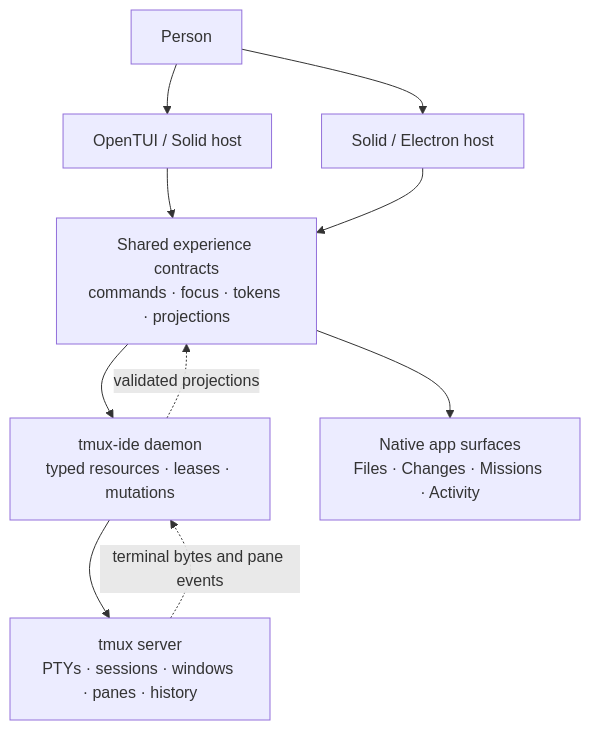
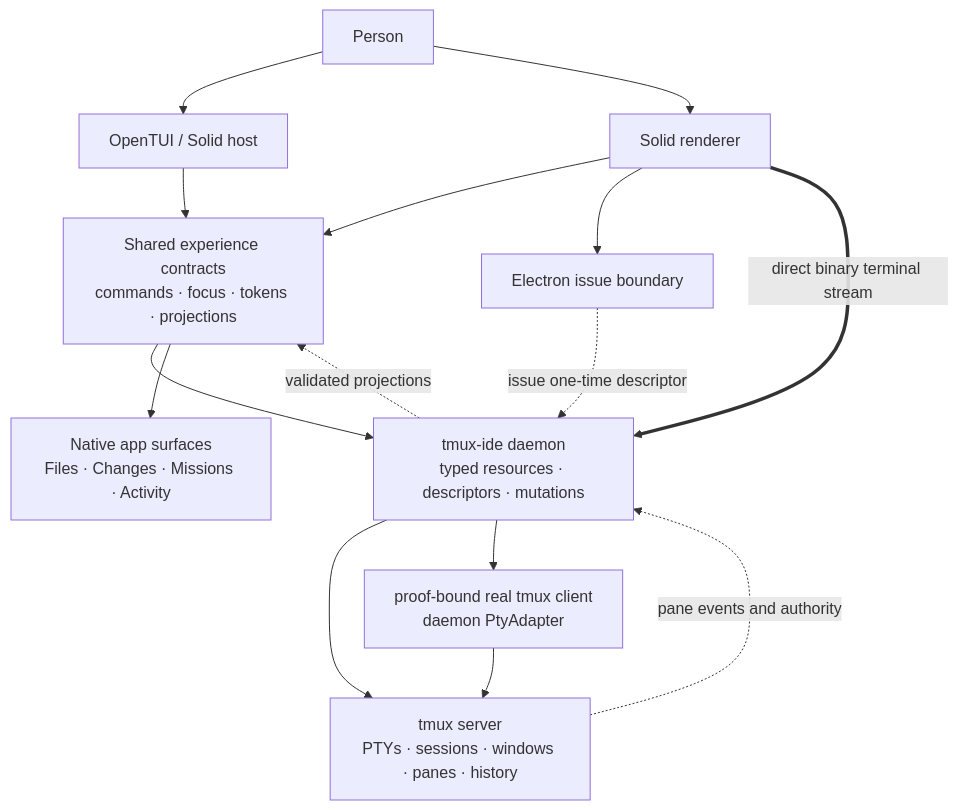
The first of 2 diagrams in docs/product/native-tmux-ide-ux-contract.md (wavyrai/tmux-ide), drawn with Mermaid before and after one commit. The commit also changed other lines of this file and 1 other file, not shown here.

Commit message:
docs(terminal): accept native tmux attachment architecture

````diff
--- a/docs/product/native-tmux-ide-ux-contract.md
+++ b/docs/product/native-tmux-ide-ux-contract.md
@@ -48,20 +51,27 @@
 ```mermaid
 flowchart TB
   Person[Person]
   TUI[OpenTUI / Solid host]
-  Desktop[Solid / Electron host]
+  Desktop[Solid renderer]
+  Host[Electron issue boundary]
   Kernel[Shared experience contracts\ncommands · focus · tokens · projections]
-  Daemon[tmux-ide daemon\ntyped resources · leases · mutations]
+  Daemon[tmux-ide daemon\ntyped resources · descriptors · mutations]
+  Client[proof-bound real tmux client\ndaemon PtyAdapter]
   Tmux[tmux server\nPTYs · sessions · windows · panes · history]
   Native[Native app surfaces\nFiles · Changes · Missions · Activity]
 
   Person --> TUI
   Person --> Desktop
   TUI --> Kernel
   Desktop --> Kernel
+  Desktop --> Host
+  Host -. issue one-time descriptor .-> Daemon
   Kernel --> Daemon
   Daemon --> Tmux
+  Desktop == direct binary terminal stream ==> Daemon
+  Daemon --> Client
+  Client --> Tmux
   Kernel --> Native
-  Tmux -. terminal bytes and pane events .-> Daemon
+  Tmux -. pane events and authority .-> Daemon
   Daemon -. validated projections .-> Kernel
 ```
````
